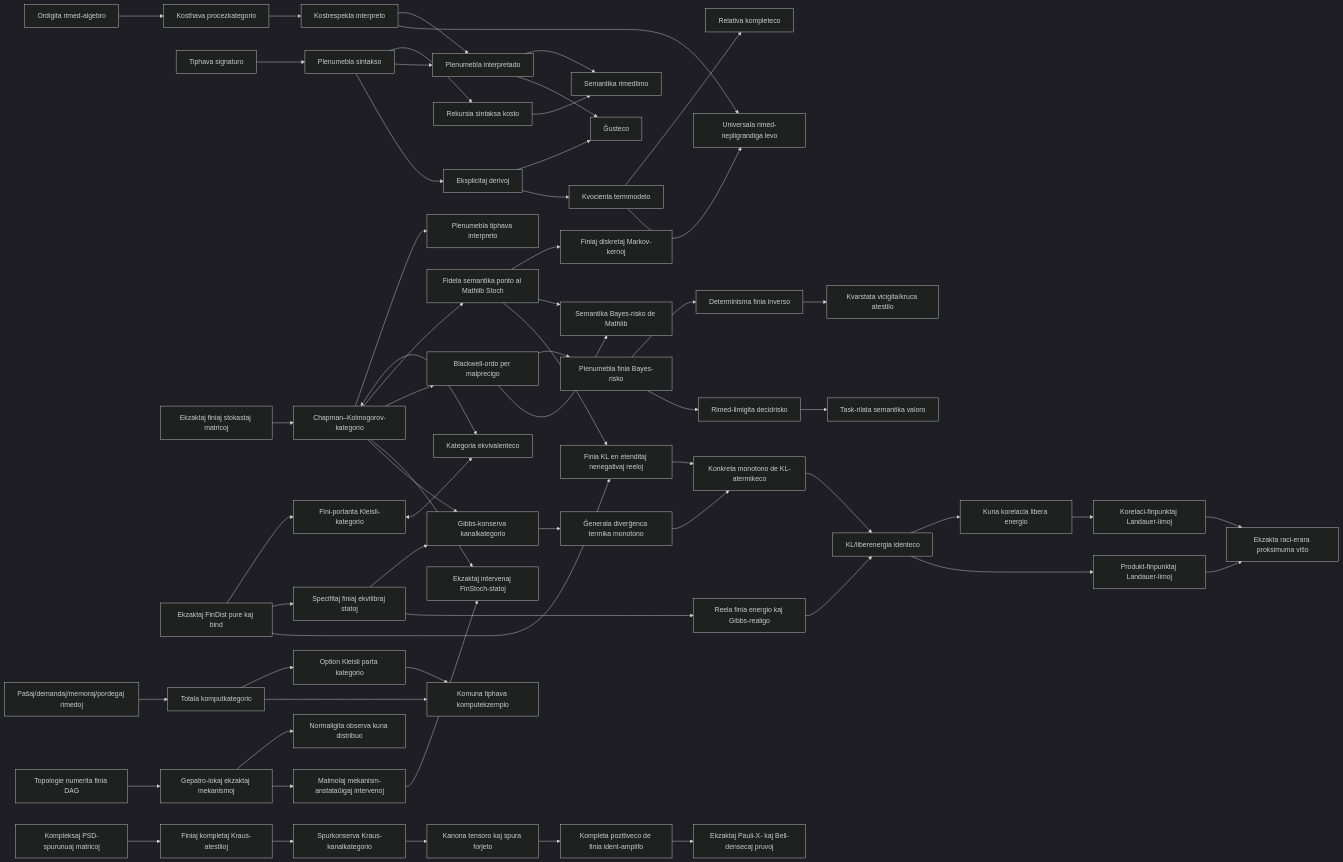
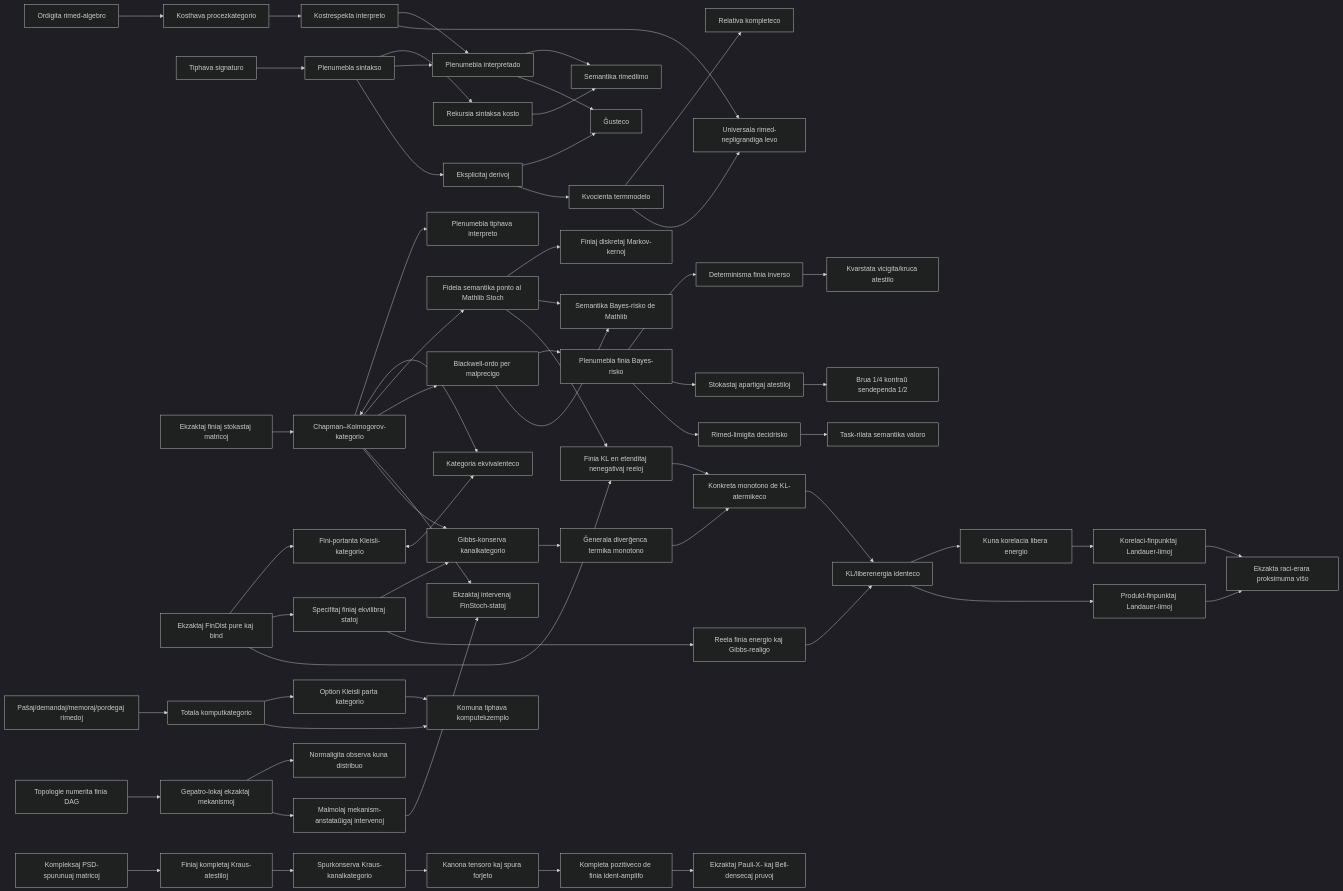
Before and after one commit to miuchan/ript: the diagram in docs/README.eo.md, drawn with Mermaid (dark theme). The commit also changed other lines of this file and 13 other files, not shown here.

````diff
--- a/docs/README.eo.md
+++ b/docs/README.eo.md
@@ -1207,63 +1225,65 @@
 ```mermaid
 flowchart LR
   R["Ordigita rimed-algebro"] --> C["Kosthava procezkategorio"]
   S["Tiphava signaturo"] --> X["Plenumebla sintakso"]
   X --> K["Rekursia sintaksa kosto"]
   C --> I["Kostrespekta interpreto"]
   X --> E["Plenumebla interpretado"]
   I --> E
   K --> B["Semantika rimedlimo"]
   E --> B
   X --> D["Eksplicitaj derivoj"]
   D --> SO["Ĝusteco"]
   E --> SO
   D --> T["Kvocienta termmodelo"]
   T --> CO["Relativa kompleteco"]
   I --> U["Universala rimed-nepligrandiga levo"]
   T --> U
   F["Ekzaktaj finiaj stokastaj matricoj"] --> CK["Chapman–Kolmogorov-kategorio"]
   CK --> EX["Plenumebla tiphava interpreto"]
   FD["Ekzaktaj FinDist pure kaj bind"] --> KL["Fini-portanta Kleisli-kategorio"]
   CK <--> EQ["Kategoria ekvivalenteco"]
   KL <--> EQ
   CK --> ST["Fidela semantika ponto al Mathlib Stoch"]
   ST --> MT["Finiaj diskretaj Markov-kernoj"]
   CK --> BW["Blackwell-ordo per malprecigo"]
   ST --> SB["Semantika Bayes-risko de Mathlib"]
   BW --> FR["Plenumebla finia Bayes-risko"]
   FR --> DB["Determinisma finia inverso"]
   DB --> DX["Kvarstata vicigita/kruca atestilo"]
+  FR --> DS["Stokastaj apartigaj atestiloj"]
+  DS --> SX["Brua 1/4 kontraŭ sendependa 1/2"]
   FR --> RR["Rimed-limigita decidrisko"]
   RR --> SV["Task-rilata semantika valoro"]
   BW --> SB
   CR["Paŝaj/demandaj/memoraj/pordegaj rimedoj"] --> TC["Totala komputkategorio"]
   TC --> PC["Option Kleisli parta kategorio"]
   TC --> CE["Komuna tiphava komputekzemplo"]
   PC --> CE
   DAG["Topologie numerita finia DAG"] --> CM["Gepatro-lokaj ekzaktaj mekanismoj"]
   CM --> OJ["Normaligita observa kuna distribuo"]
   CM --> DO["Malmolaj mekanism-anstataŭigaj intervenoj"]
   DO --> IS["Ekzaktaj intervenaj FinStoch-statoj"]
   CK --> IS
   FD --> TE["Specifitaj finiaj ekvilibraj statoj"]
   CK --> GP["Gibbs-konserva kanalkategorio"]
   TE --> GP
   GP --> TM["Ĝenerala diverĝenca termika monotono"]
   FD --> FKL["Finia KL en etenditaj nenegativaj reeloj"]
   ST --> FKL
   FKL --> KTM["Konkreta monotono de KL-atermikeco"]
   TM --> KTM
   TE --> GD["Reela finia energio kaj Gibbs-realigo"]
   GD --> FE["KL/liberenergia identeco"]
   KTM --> FE
   FE --> Corr["Kuna korelacia libera energio"]
   FE --> LW["Produkt-finpunktaj Landauer-limoj"]
   Corr --> CLW["Korelaci-finpunktaj Landauer-limoj"]
   LW --> AE["Ekzakta raci-erara proksimuma viŝo"]
   CLW --> AE
   QB["Kompleksaj PSD-spurunuaj matricoj"] --> QK["Finiaj kompletaj Kraus-atestiloj"]
   QK --> QC["Spurkonserva Kraus-kanalkategorio"]
   QC --> QT["Kanona tensoro kaj spura forĵeto"]
   QT --> QP["Kompleta pozitiveco de finia ident-amplifo"]
   QP --> QX["Ekzaktaj Pauli-X- kaj Bell-densecaj pruvoj"]
 ```
````
